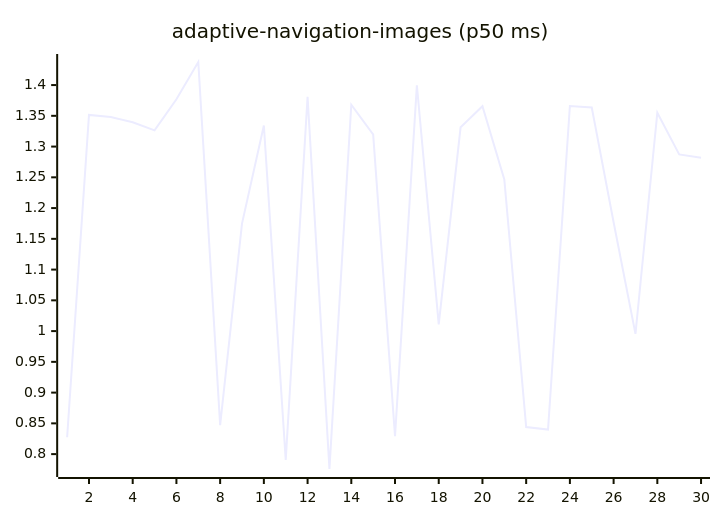
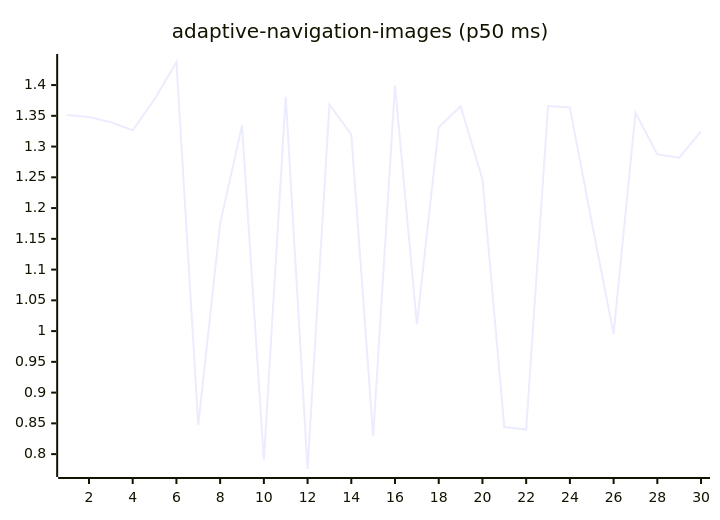
Before and after one commit to josha/Facet: the first of 27 diagrams in README.md, drawn with Mermaid. The commit also changed other lines of this file and 2 other files, not shown here.

````diff
--- a/README.md
+++ b/README.md
@@ -63,6 +63,6 @@
 ```mermaid
 xychart-beta
     title "adaptive-navigation-images (p50 ms)"
     x-axis 1 --> 30
-    line [0.8274, 1.3515, 1.3479, 1.3395, 1.3263, 1.3769, 1.4375, 0.8471, 1.1748, 1.3343, 0.7905, 1.3810, 0.7758, 1.3680, 1.3197, 0.8291, 1.3996, 1.0110, 1.3313, 1.3656, 1.2466, 0.8441, 0.8400, 1.3659, 1.3636, 1.1770, 0.9954, 1.3550, 1.2872, 1.2820]
+    line [1.3515, 1.3479, 1.3395, 1.3263, 1.3769, 1.4375, 0.8471, 1.1748, 1.3343, 0.7905, 1.3810, 0.7758, 1.3680, 1.3197, 0.8291, 1.3996, 1.0110, 1.3313, 1.3656, 1.2466, 0.8441, 0.8400, 1.3659, 1.3636, 1.1770, 0.9954, 1.3550, 1.2872, 1.2820, 1.3247]
 ```
````
